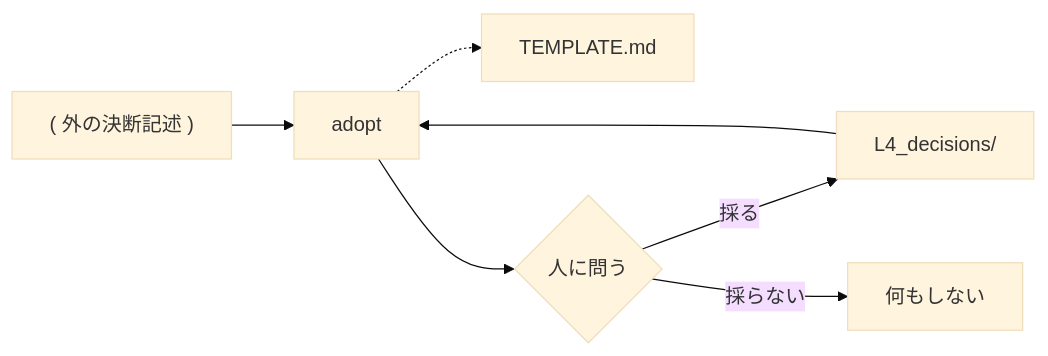
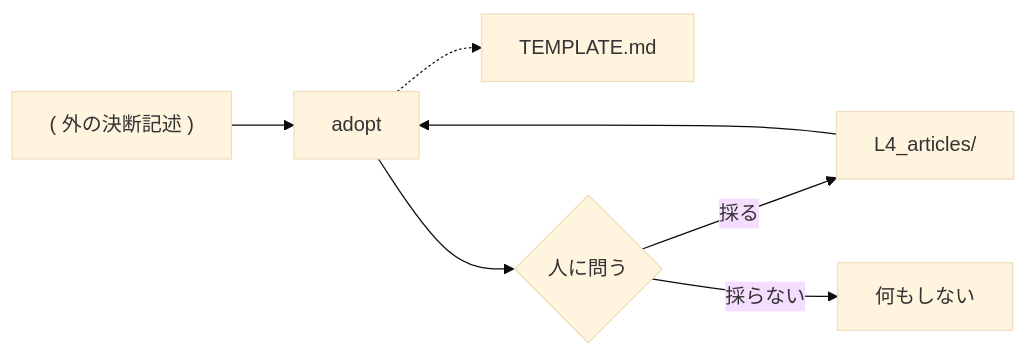
Before and after one commit to gameundwatch/archivist: the diagram in docs/archivist/L2_designs/adopt.md, drawn with Mermaid (base theme). The commit also changed other lines of this file and 79 other files, not shown here.

````diff
--- a/docs/archivist/L2_designs/adopt.md
+++ b/docs/archivist/L2_designs/adopt.md
@@ -12,9 +12,9 @@
 ```mermaid
 flowchart LR
     EXT["( 外の決断記述 )"] --> AD[adopt]
-    L4["L4_decisions/"] --> AD
+    L4["L4_articles/"] --> AD
     AD -.-> TP["TEMPLATE.md"]
     AD --> ASK{"人に問う"}
     ASK -->|採る| L4
     ASK -->|採らない| X["何もしない"]
 ```
````
